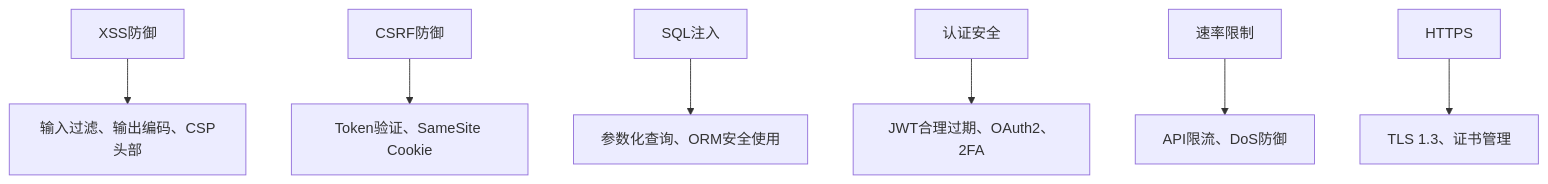
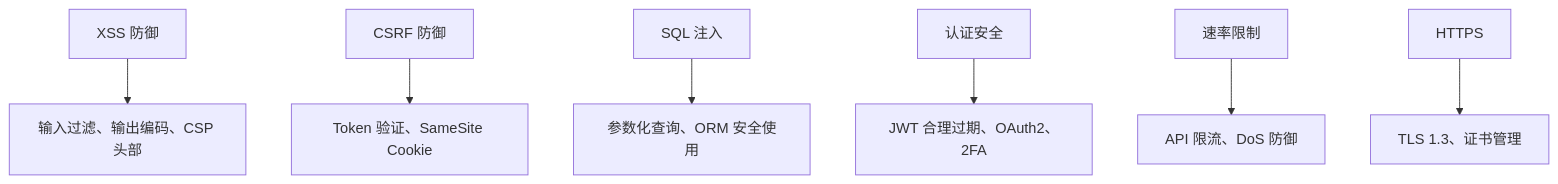
Before and after one commit to Tianshang301/TianshangKnowledgeBase: the third of 3 diagrams in 05_ComputerScience/EngineeringDevelopment/WebDevelopment/前端框架与后端架构.md, drawn with Mermaid. The commit also changed other lines of this file and 2257 other files, not shown here.

````diff
--- a/05_ComputerScience/EngineeringDevelopment/WebDevelopment/前端框架与后端架构.md
+++ b/05_ComputerScience/EngineeringDevelopment/WebDevelopment/前端框架与后端架构.md
@@ -288,9 +288,9 @@
 ```mermaid
 graph TD
-    X1[XSS防御] --> X1a[输入过滤、输出编码、CSP头部]
-    X2[CSRF防御] --> X2a[Token验证、SameSite Cookie]
-    X3[SQL注入] --> X3a[参数化查询、ORM安全使用]
-    X4[认证安全] --> X4a[JWT合理过期、OAuth2、2FA]
-    X5[速率限制] --> X5a[API限流、DoS防御]
+    X1[XSS 防御] --> X1a[输入过滤、输出编码、CSP 头部]
+    X2[CSRF 防御] --> X2a[Token 验证、SameSite Cookie]
+    X3[SQL 注入] --> X3a[参数化查询、ORM 安全使用]
+    X4[认证安全] --> X4a[JWT 合理过期、OAuth2、2FA]
+    X5[速率限制] --> X5a[API 限流、DoS 防御]
     X6[HTTPS] --> X6a[TLS 1.3、证书管理]
 ```
````
